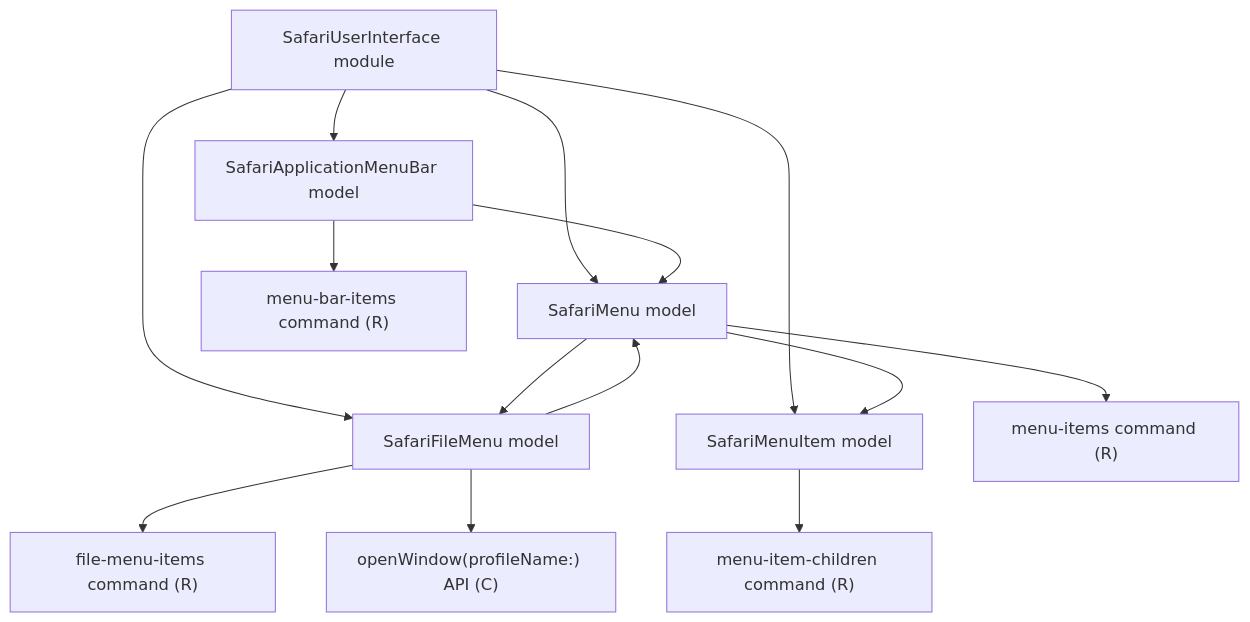
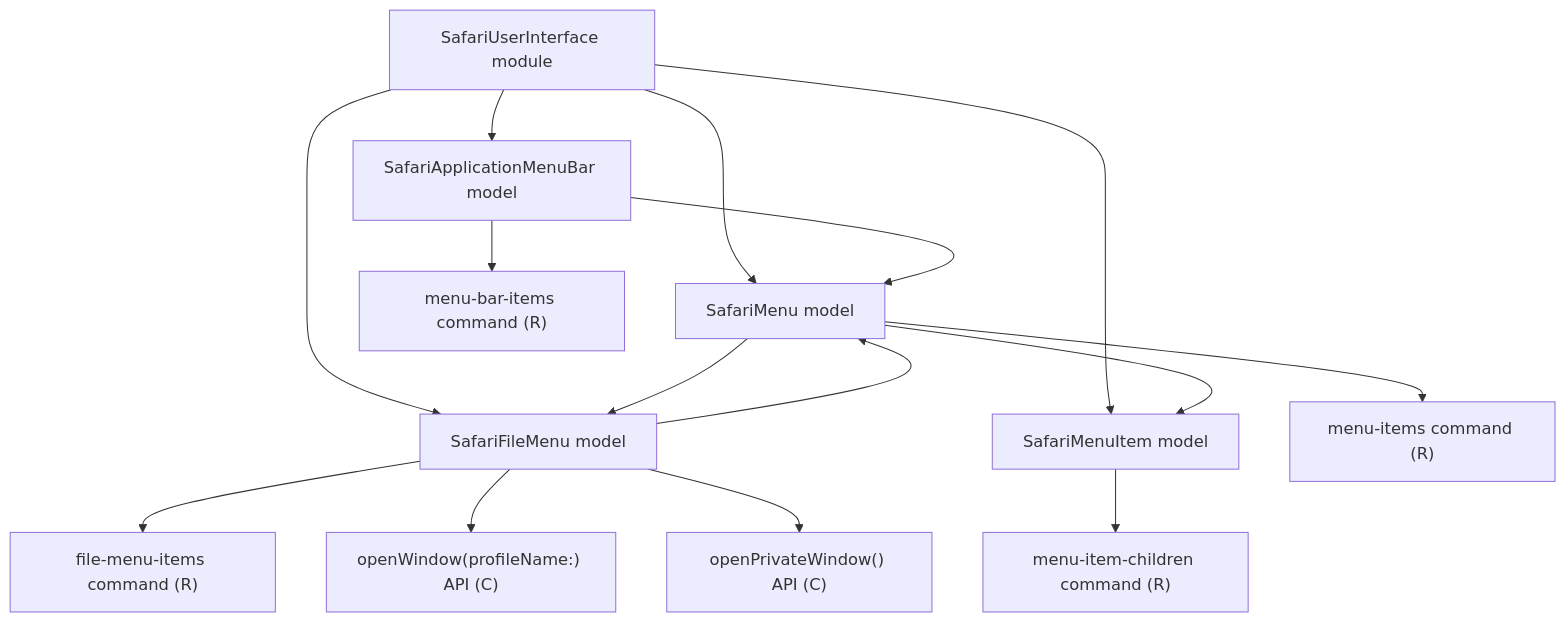
The diagram in docs/safari-user-interface-models.md (Glutexo/computer-automation), drawn with Mermaid before and after one commit. The commit also changed other lines of this file and 9 other files, not shown here.

Commit message:
feat: add private window command

````diff
--- a/docs/safari-user-interface-models.md
+++ b/docs/safari-user-interface-models.md
@@ -25,27 +26,29 @@
 ```mermaid
 flowchart TD
     SafariUI["SafariUserInterface module"]
     SafariMenuBar["SafariApplicationMenuBar model"]
     SafariMenu["SafariMenu model"]
     SafariFileMenu["SafariFileMenu model"]
     SafariMenuItem["SafariMenuItem model"]
     MenuBarItems["menu-bar-items command (R)"]
     MenuItems["menu-items command (R)"]
     FileMenuItems["file-menu-items command (R)"]
     MenuItemChildren["menu-item-children command (R)"]
     OpenWindow["openWindow(profileName:) API (C)"]
+    OpenPrivateWindow["openPrivateWindow() API (C)"]
 
     SafariUI --> SafariMenuBar
     SafariUI --> SafariMenu
     SafariUI --> SafariFileMenu
     SafariUI --> SafariMenuItem
     SafariMenuBar --> SafariMenu
     SafariMenu --> MenuItems
     SafariMenu --> SafariFileMenu
     SafariMenuBar --> MenuBarItems
     SafariFileMenu --> SafariMenu
     SafariFileMenu --> FileMenuItems
     SafariFileMenu --> OpenWindow
+    SafariFileMenu --> OpenPrivateWindow
     SafariMenu --> SafariMenuItem
     SafariMenuItem --> MenuItemChildren
 ```
````
